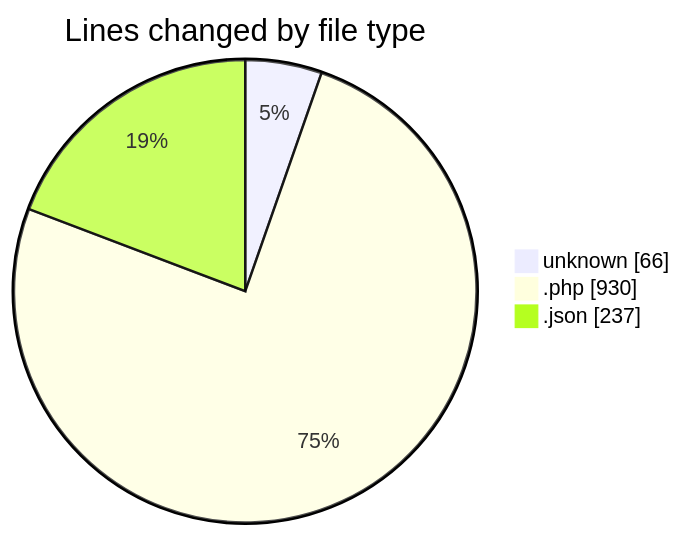
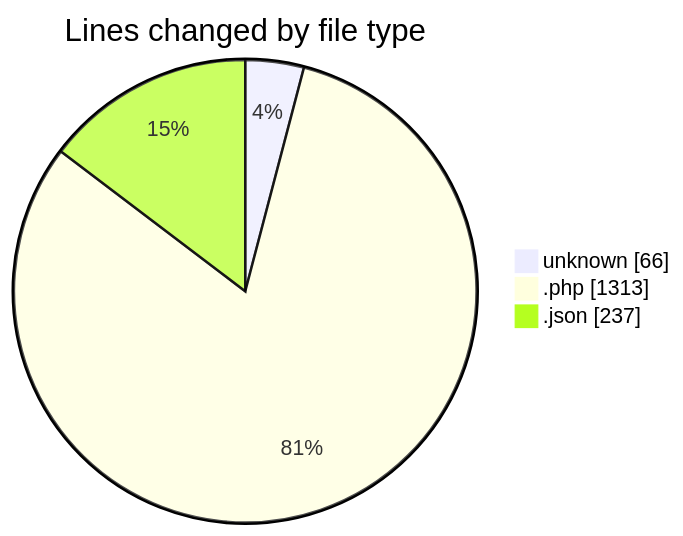
Before and after one commit to idhammustaqopulfikri/code-tracking: the first of 2 diagrams in 2025-05-27/studio-backend/README.md, drawn with Mermaid. The commit also changed other lines of this file and 1 other file, not shown here.

````diff
--- a/2025-05-27/studio-backend/README.md
+++ b/2025-05-27/studio-backend/README.md
@@ -40,7 +40,7 @@
 ```mermaid
 pie showData
 title Lines changed by file type
 "unknown" : 66
-".php" : 930
+".php" : 1313
 ".json" : 237
 ```
````
